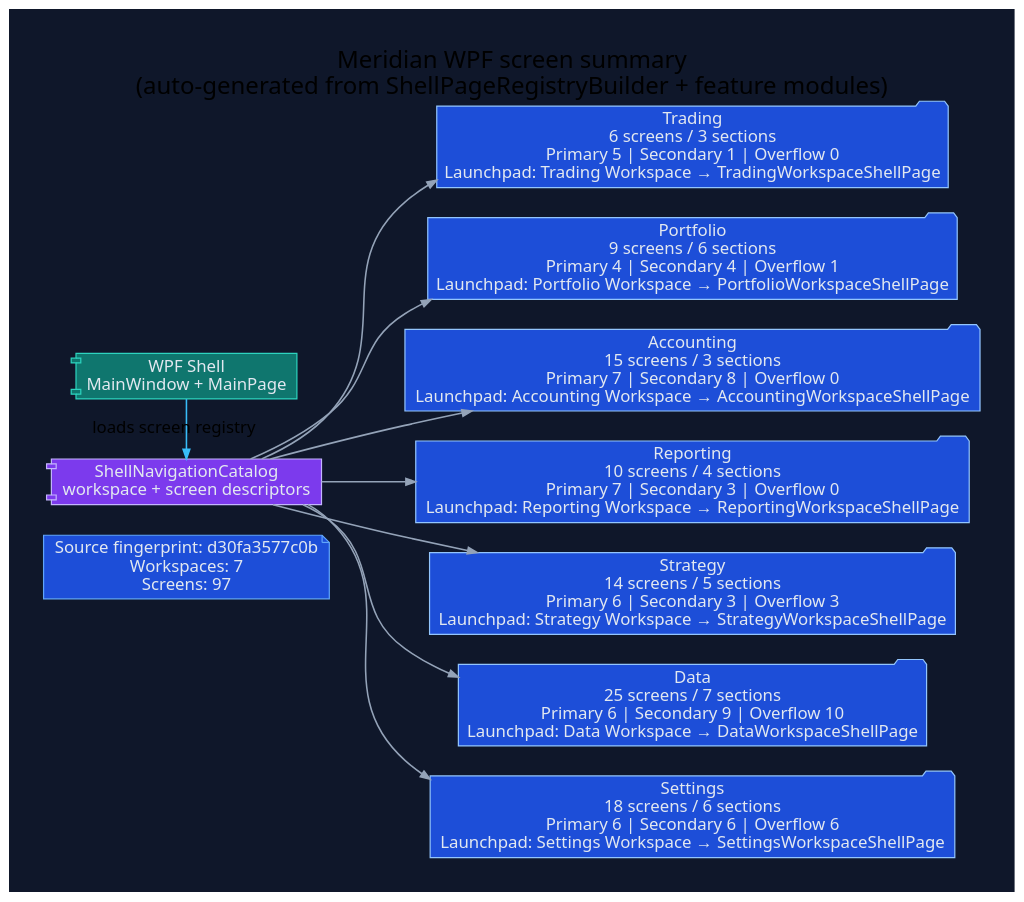
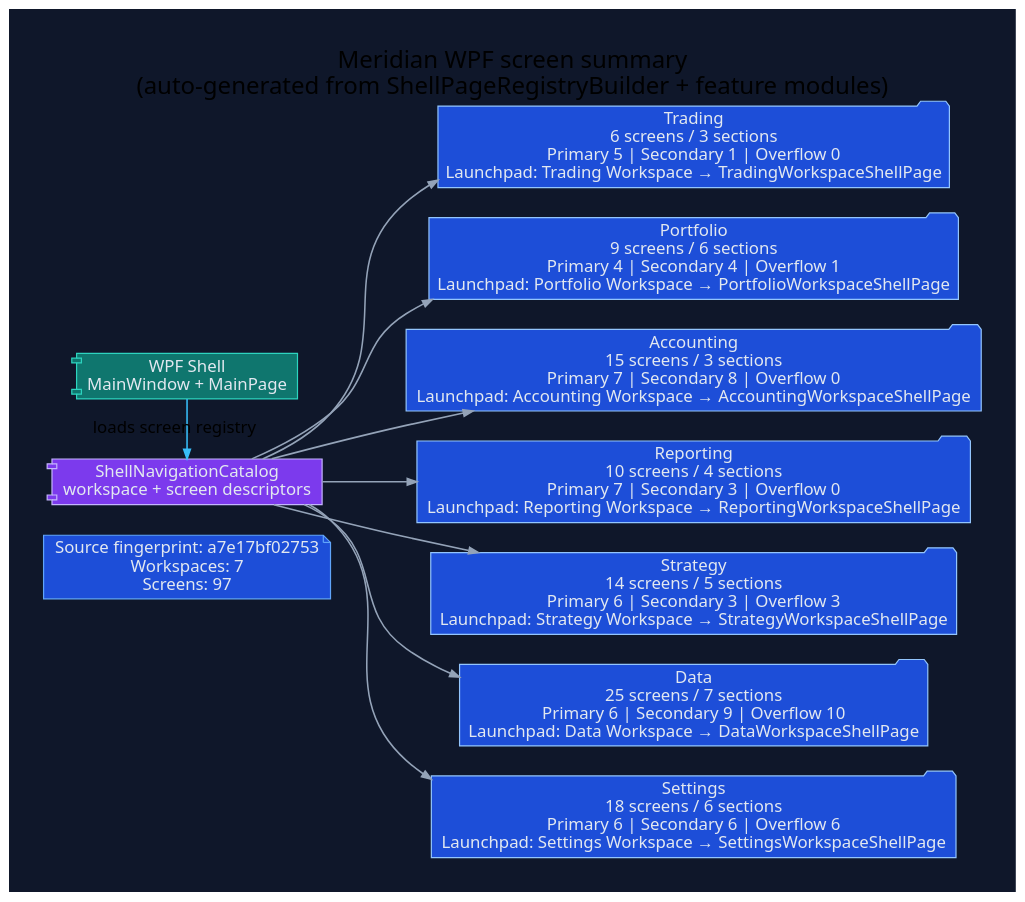
One commit to rodoHasArrived/Meridian-main changed the diagram in docs/diagrams/ui/ui-wpf-screen-summary.dot. Above: the diagram before and after it, drawn with Graphviz. The commit also changed 43 other files, not shown here.

First line of the commit message:
Re-render the WPF UI diagrams for the desktop slate

```diff
--- a/docs/diagrams/ui/ui-wpf-screen-summary.dot
+++ b/docs/diagrams/ui/ui-wpf-screen-summary.dot
@@ -1,42 +1,42 @@
 // -----------------------------------------------------------------------------
 // <auto-generated>
 // Generated by scripts/generate-diagrams.mjs.
 // Do not edit this file directly; update the WPF source files instead.
 // -----------------------------------------------------------------------------
 digraph WpfScreenSummary {
   graph [
     rankdir=LR,
     labelloc=t,
     label="Meridian WPF screen summary\n(auto-generated from ShellPageRegistryBuilder + feature modules)",
     fontname="Segoe UI",
     fontsize=20,
     pad=0.4,
     nodesep=0.35,
     ranksep=0.85,
     bgcolor="#0f172a"
   ];
   node [fontname="Segoe UI", shape=box, style="rounded,filled", color="#475569", fontcolor="#e2e8f0", fillcolor="#1e293b"];
   edge [fontname="Segoe UI", color="#94a3b8", penwidth=1.3, arrowsize=0.8];
 
-  generated [shape=note, fillcolor="#1d4ed8", color="#60a5fa", label="Source fingerprint: d30fa3577c0b\nWorkspaces: 7\nScreens: 97"];
+  generated [shape=note, fillcolor="#1d4ed8", color="#60a5fa", label="Source fingerprint: a7e17bf02753\nWorkspaces: 7\nScreens: 97"];
   shell [shape=component, fillcolor="#0f766e", color="#2dd4bf", label="WPF Shell\nMainWindow + MainPage"];
   catalog [shape=component, fillcolor="#7c3aed", color="#c4b5fd", label="ShellNavigationCatalog\nworkspace + screen descriptors"];
   shell -> catalog [label="loads screen registry", color="#38bdf8"];
 
   workspace_1 [shape=folder, fillcolor="#1d4ed8", color="#93c5fd", label="Trading\n6 screens / 3 sections\nPrimary 5 | Secondary 1 | Overflow 0\nLaunchpad: Trading Workspace → TradingWorkspaceShellPage"];
   catalog -> workspace_1;
   workspace_2 [shape=folder, fillcolor="#1d4ed8", color="#93c5fd", label="Portfolio\n9 screens / 6 sections\nPrimary 4 | Secondary 4 | Overflow 1\nLaunchpad: Portfolio Workspace → PortfolioWorkspaceShellPage"];
   catalog -> workspace_2;
   workspace_3 [shape=folder, fillcolor="#1d4ed8", color="#93c5fd", label="Accounting\n15 screens / 3 sections\nPrimary 7 | Secondary 8 | Overflow 0\nLaunchpad: Accounting Workspace → AccountingWorkspaceShellPage"];
   catalog -> workspace_3;
   workspace_4 [shape=folder, fillcolor="#1d4ed8", color="#93c5fd", label="Reporting\n10 screens / 4 sections\nPrimary 7 | Secondary 3 | Overflow 0\nLaunchpad: Reporting Workspace → ReportingWorkspaceShellPage"];
   catalog -> workspace_4;
   workspace_5 [shape=folder, fillcolor="#1d4ed8", color="#93c5fd", label="Strategy\n14 screens / 5 sections\nPrimary 6 | Secondary 3 | Overflow 3\nLaunchpad: Strategy Workspace → StrategyWorkspaceShellPage"];
   catalog -> workspace_5;
   workspace_6 [shape=folder, fillcolor="#1d4ed8", color="#93c5fd", label="Data\n25 screens / 7 sections\nPrimary 6 | Secondary 9 | Overflow 10\nLaunchpad: Data Workspace → DataWorkspaceShellPage"];
   catalog -> workspace_6;
   workspace_7 [shape=folder, fillcolor="#1d4ed8", color="#93c5fd", label="Settings\n18 screens / 6 sections\nPrimary 6 | Secondary 6 | Overflow 6\nLaunchpad: Settings Workspace → SettingsWorkspaceShellPage"];
   catalog -> workspace_7;
 
   { rank=min; generated; shell; catalog; }
 }
```
